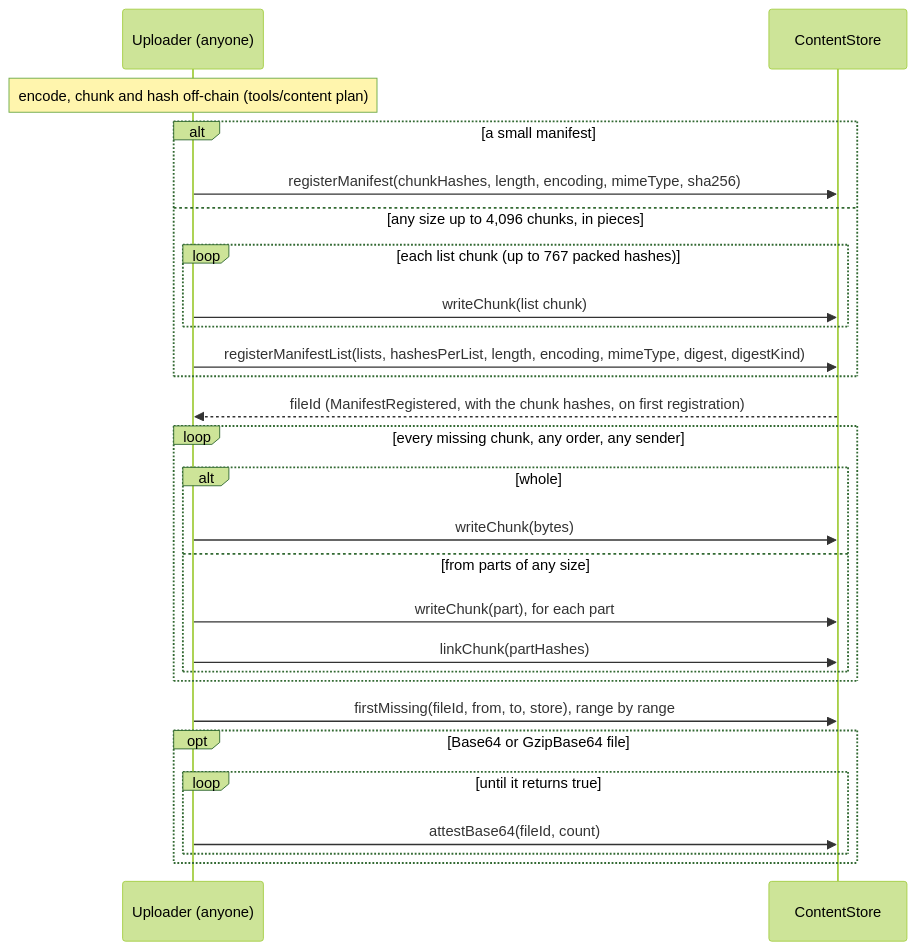
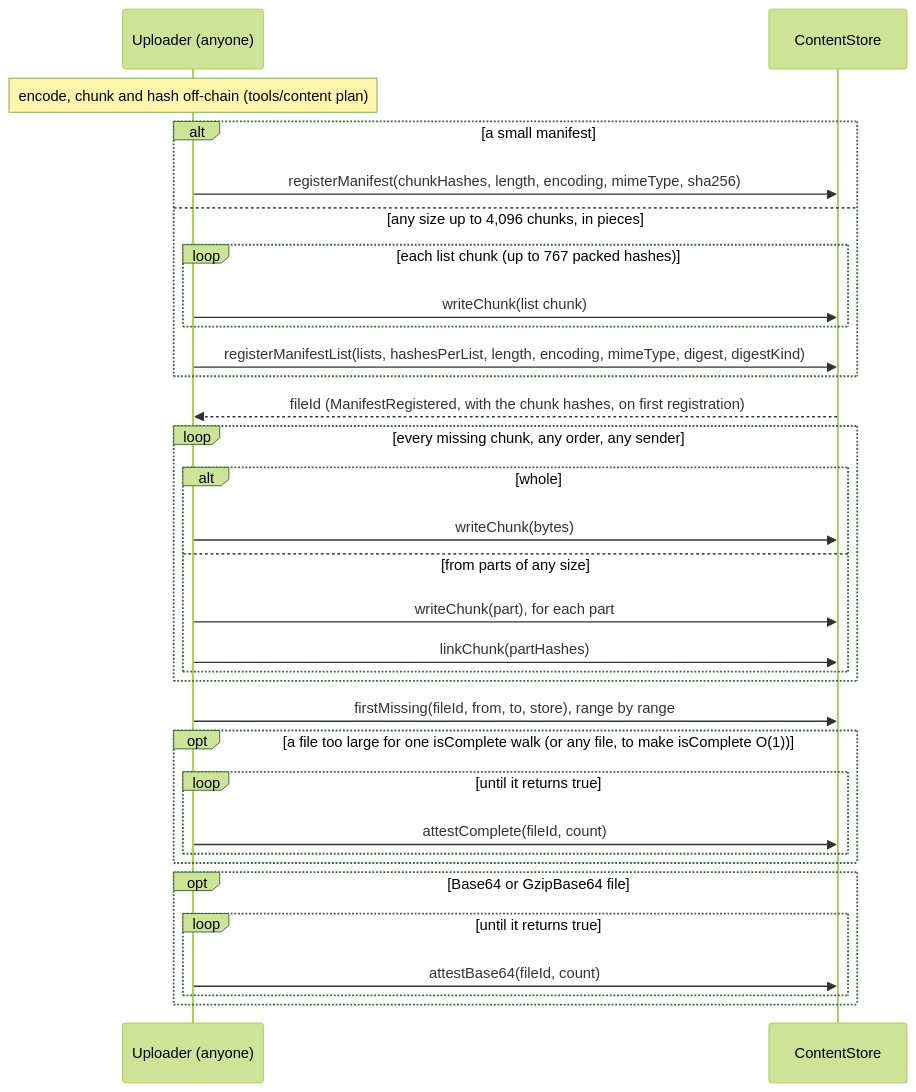
The fourth of 10 diagrams in docs/spec/works-and-storage.md (6529-Collections/6529-works), drawn with Mermaid (forest theme) before and after one commit. The commit also changed other lines of this file and 59 other files, not shown here.

````diff
--- a/docs/spec/works-and-storage.md
+++ b/docs/spec/works-and-storage.md
@@ -238,29 +238,34 @@
 ```mermaid
 sequenceDiagram
     participant U as Uploader (anyone)
     participant CS as ContentStore
     Note over U: encode, chunk and hash off-chain (tools/content plan)
     alt a small manifest
         U->>CS: registerManifest(chunkHashes, length, encoding, mimeType, sha256)
     else any size up to 4,096 chunks, in pieces
         loop each list chunk (up to 767 packed hashes)
             U->>CS: writeChunk(list chunk)
         end
         U->>CS: registerManifestList(lists, hashesPerList, length, encoding, mimeType, digest, digestKind)
     end
     CS-->>U: fileId (ManifestRegistered, with the chunk hashes, on first registration)
     loop every missing chunk, any order, any sender
         alt whole
             U->>CS: writeChunk(bytes)
         else from parts of any size
             U->>CS: writeChunk(part), for each part
             U->>CS: linkChunk(partHashes)
         end
     end
     U->>CS: firstMissing(fileId, from, to, store), range by range
+    opt a file too large for one isComplete walk (or any file, to make isComplete O(1))
+        loop until it returns true
+            U->>CS: attestComplete(fileId, count)
+        end
+    end
     opt Base64 or GzipBase64 file
         loop until it returns true
             U->>CS: attestBase64(fileId, count)
         end
     end
 ```
````
